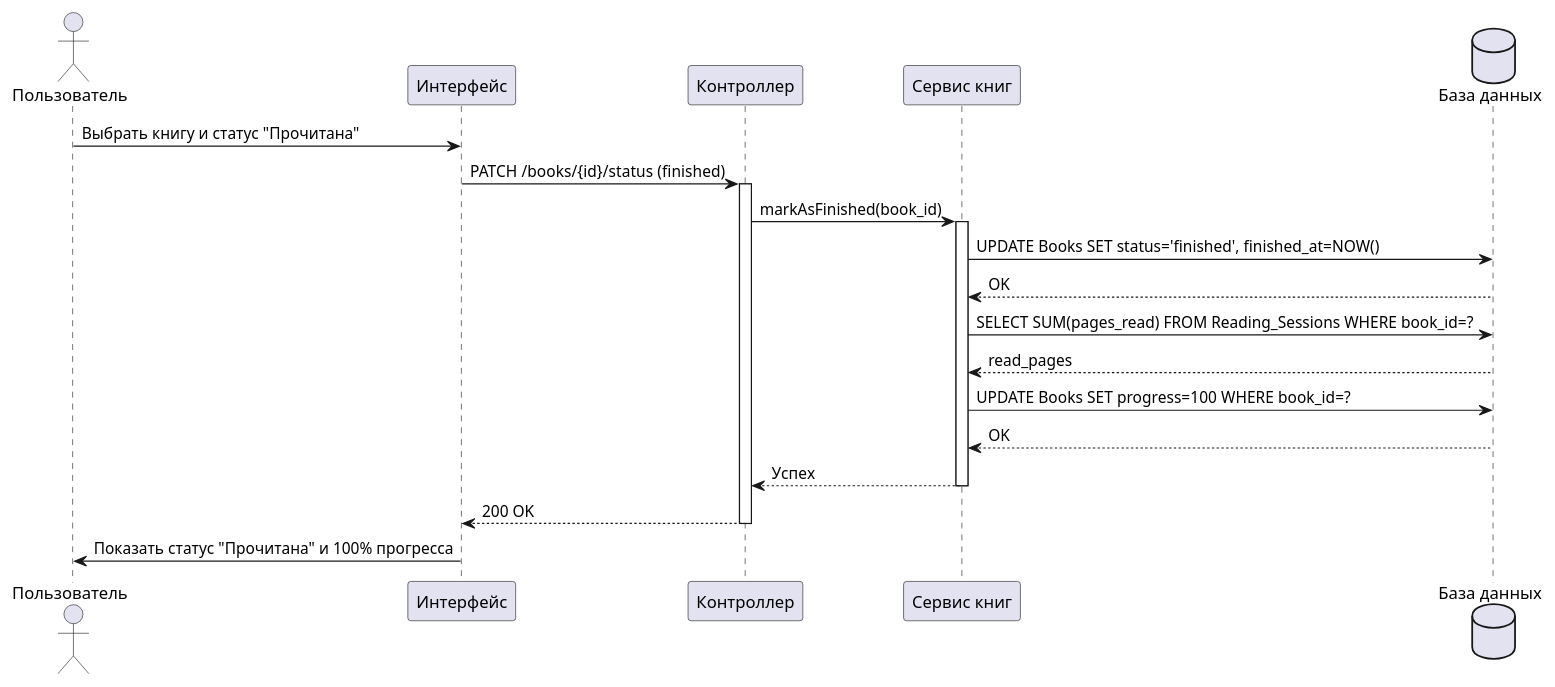
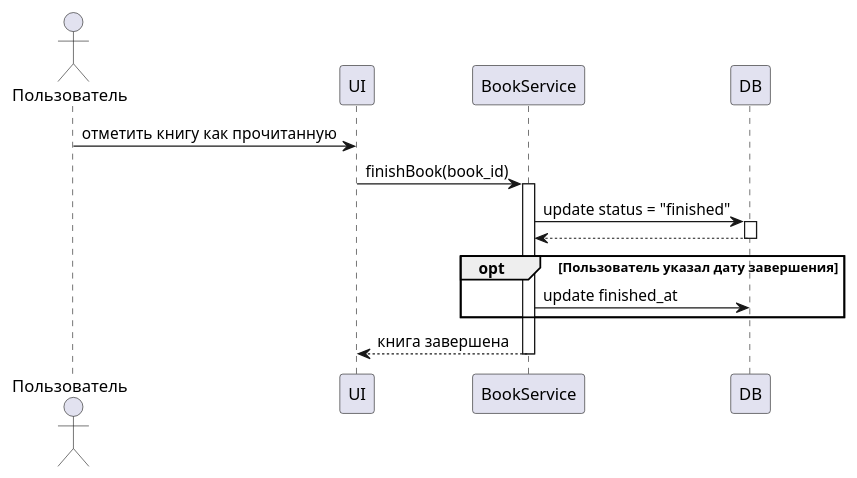
The diagram in docs/behavior/sequence/finish_book_sequence.puml (darkssss-web/Read-Tracker), drawn with PlantUML before and after one commit.

```diff
--- a/docs/behavior/sequence/finish_book_sequence.puml
+++ b/docs/behavior/sequence/finish_book_sequence.puml
@@ -1,33 +1,22 @@
-@startuml Завершение_Чтения_Книги
+@startuml
+actor Пользователь
+participant UI
+participant "BookService" as Service
+participant DB
 
-actor "Пользователь" as User
-participant "Интерфейс" as UI
-participant "Контроллер" as Controller
-participant "Сервис книг" as BookService
-database "База данных" as DB
+Пользователь -> UI : отметить книгу как прочитанную
+UI -> Service : finishBook(book_id)
+activate Service
 
-User -> UI : Выбрать книгу и статус "Прочитана"
-UI -> Controller : PATCH /books/{id}/status (finished)
-activate Controller
+Service -> DB : update status = "finished"
+activate DB
+DB --> Service
+deactivate DB
 
-Controller -> BookService : markAsFinished(book_id)
-activate BookService
+opt Пользователь указал дату завершения
+  Service -> DB : update finished_at
+end
 
-BookService -> DB : UPDATE Books SET status='finished', finished_at=NOW()
-DB --> BookService : OK
-
-BookService -> DB : SELECT SUM(pages_read) FROM Reading_Sessions WHERE book_id=?
-DB --> BookService : read_pages
-
-BookService -> DB : UPDATE Books SET progress=100 WHERE book_id=?
-DB --> BookService : OK
-
-BookService --> Controller : Успех
-deactivate BookService
-
-Controller --> UI : 200 OK
-deactivate Controller
-
-UI -> User : Показать статус "Прочитана" и 100% прогресса
-
+Service --> UI : книга завершена
+deactivate Service
 @enduml
```
